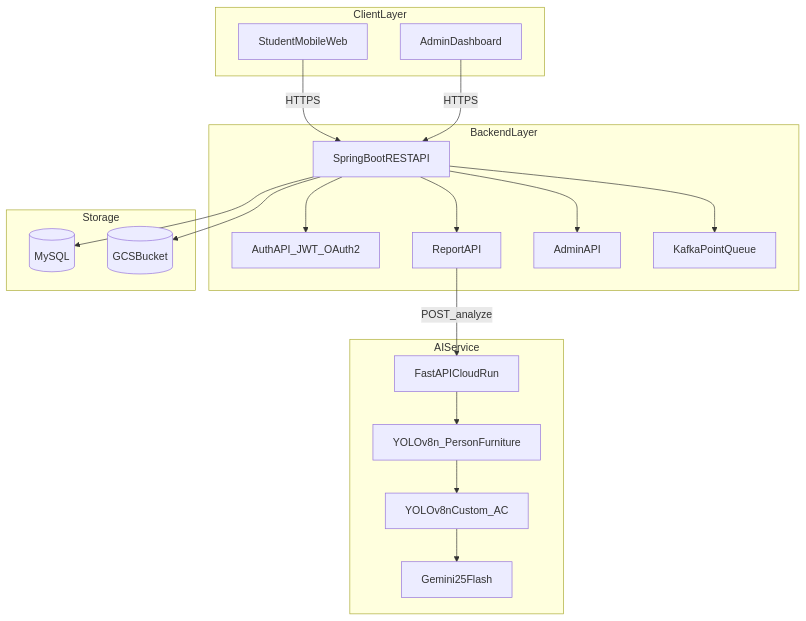
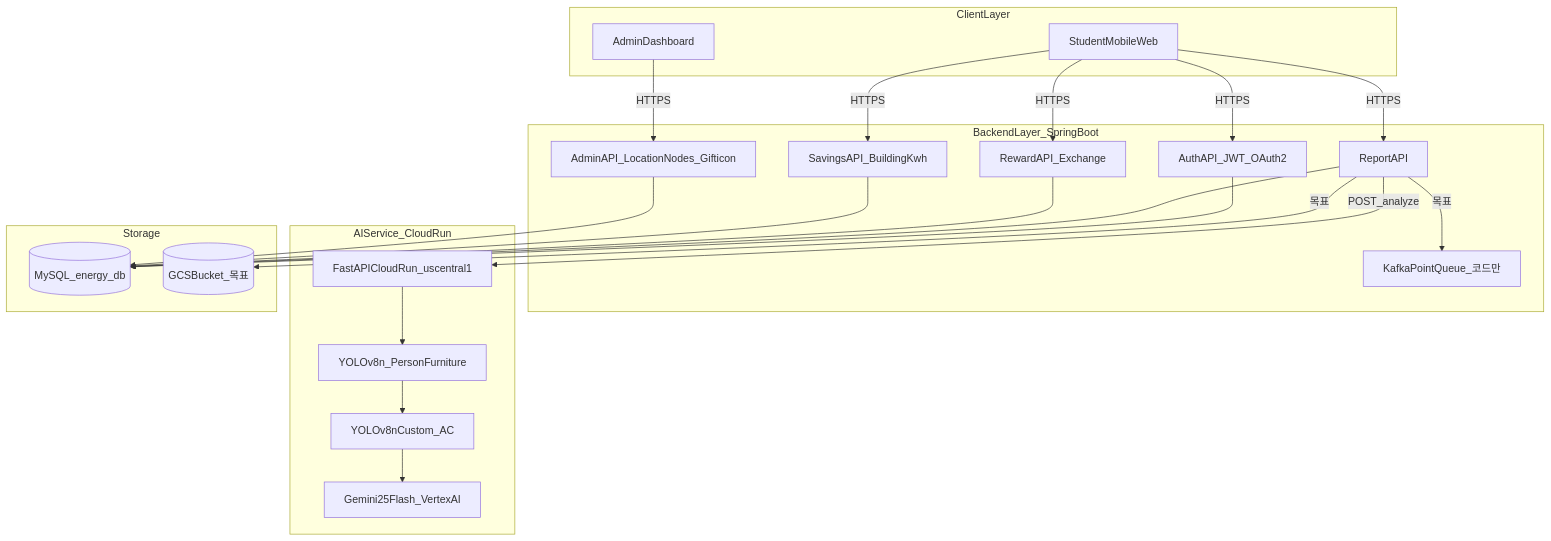
Before and after one commit to ravenkim/sundry_study: the first of 5 diagrams in docs/최종 제안서/6_시스템구조.md, drawn with Mermaid. The commit also changed other lines of this file and 30 other files, not shown here.

````diff
--- a/docs/최종 제안서/6_시스템구조.md
+++ b/docs/최종 제안서/6_시스템구조.md
@@ -7,38 +7,43 @@
 ```mermaid
 flowchart TB
   subgraph client [ClientLayer]
     StudentApp[StudentMobileWeb]
     AdminDash[AdminDashboard]
   end
 
-  subgraph backend [BackendLayer]
-    SpringAPI[SpringBootRESTAPI]
+  subgraph backend [BackendLayer_SpringBoot]
     AuthAPI[AuthAPI_JWT_OAuth2]
     ReportAPI[ReportAPI]
-    AdminAPI[AdminAPI]
-    Kafka[KafkaPointQueue]
+    AdminAPI[AdminAPI_LocationNodes_Gifticon]
+    RewardAPI[RewardAPI_Exchange]
+    SavingsAPI[SavingsAPI_BuildingKwh]
+    Kafka[KafkaPointQueue_코드만]
   end
 
-  subgraph ai [AIService]
-    FastAPI[FastAPICloudRun]
+  subgraph ai [AIService_CloudRun]
+    FastAPI[FastAPICloudRun_uscentral1]
     YOLO1[YOLOv8n_PersonFurniture]
     YOLO2[YOLOv8nCustom_AC]
-    Gemini[Gemini25Flash]
+    Gemini[Gemini25Flash_VertexAI]
   end
 
   subgraph storage [Storage]
-    MySQL[(MySQL)]
-    GCS[(GCSBucket)]
+    MySQL[(MySQL_energy_db)]
+    GCS[(GCSBucket_목표)]
   end
 
-  StudentApp -->|HTTPS| SpringAPI
-  AdminDash -->|HTTPS| SpringAPI
-  SpringAPI --> AuthAPI
-  SpringAPI --> ReportAPI
-  SpringAPI --> AdminAPI
+  StudentApp -->|HTTPS| AuthAPI
+  StudentApp -->|HTTPS| ReportAPI
+  StudentApp -->|HTTPS| RewardAPI
+  StudentApp -->|HTTPS| SavingsAPI
+  AdminDash -->|HTTPS| AdminAPI
   ReportAPI -->|POST_analyze| FastAPI
   FastAPI --> YOLO1 --> YOLO2 --> Gemini
-  SpringAPI --> MySQL
-  SpringAPI --> GCS
-  SpringAPI --> Kafka
+  AuthAPI --> MySQL
+  ReportAPI --> MySQL
+  RewardAPI --> MySQL
+  SavingsAPI --> MySQL
+  AdminAPI --> MySQL
+  ReportAPI -->|목표| GCS
+  ReportAPI -->|목표| Kafka
 ```
````
